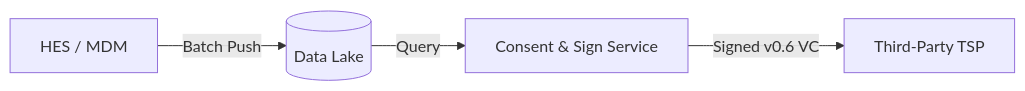
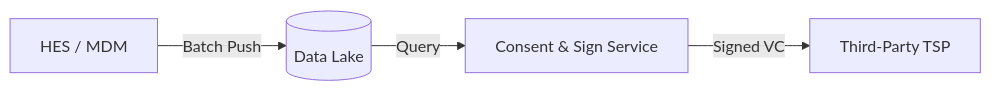
The third of 3 diagrams in schemas/MeterData/v0.6/UserGuide.md (India-Energy-Stack/ies-accelerator), drawn with Mermaid before and after one commit. The commit also changed other lines of this file, not shown here.

Commit message:
Update UserGuide.md: remove specific v0.6 version references from descriptions and diagrams

````diff
--- a/schemas/MeterData/v0.6/UserGuide.md
+++ b/schemas/MeterData/v0.6/UserGuide.md
@@ -131,6 +131,6 @@
 ```mermaid
 graph LR
     HES[HES / MDM] -->|Batch Push| DL[(Data Lake)]
     DL -->|Query| Auth[Consent & Sign Service]
-    Auth -->|Signed v0.6 VC| TSP[Third-Party TSP]
+    Auth -->|Signed VC| TSP[Third-Party TSP]
 ```
````
